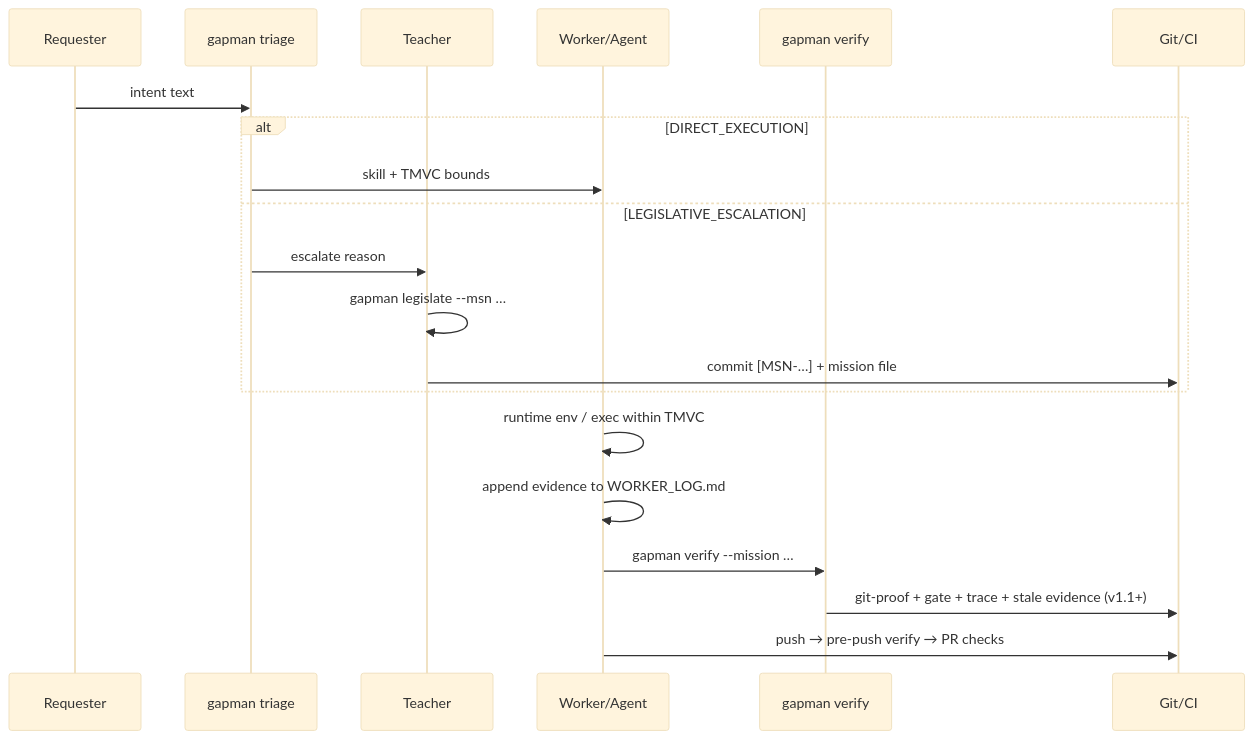
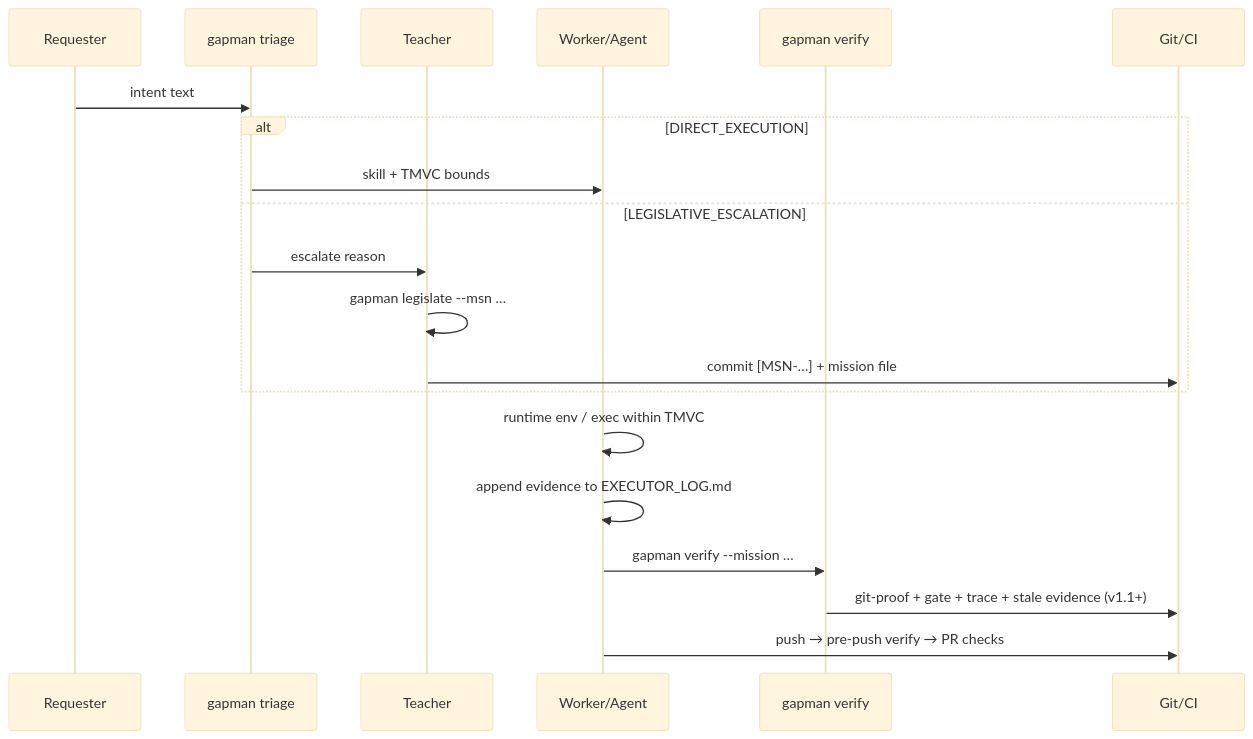
One commit to jeger-ai/opengantry changed the second of 2 diagrams in PROJECT_OUTLINE_ANALYSIS.md. Above: the diagram before and after it, drawn with Mermaid (base theme). The commit also changed other lines of this file and 246 other files, not shown here.

First line of the commit message:
[MSN-0075] hard rename Teacher→Planner, Worker→Executor

````diff
--- a/PROJECT_OUTLINE_ANALYSIS.md
+++ b/PROJECT_OUTLINE_ANALYSIS.md
@@ -250,23 +250,23 @@
 ```mermaid
 sequenceDiagram
   participant R as Requester
   participant F as gapman triage
   participant T as Teacher
   participant W as Worker/Agent
   participant V as gapman verify
   participant G as Git/CI
 
   R->>F: intent text
   alt DIRECT_EXECUTION
     F->>W: skill + TMVC bounds
   else LEGISLATIVE_ESCALATION
     F->>T: escalate reason
     T->>T: gapman legislate --msn …
     T->>G: commit [MSN-…] + mission file
   end
   W->>W: runtime env / exec within TMVC
-  W->>W: append evidence to WORKER_LOG.md
+  W->>W: append evidence to EXECUTOR_LOG.md
   W->>V: gapman verify --mission …
   V->>G: git-proof + gate + trace + stale evidence (v1.1+)
   W->>G: push → pre-push verify → PR checks
 ```
````
